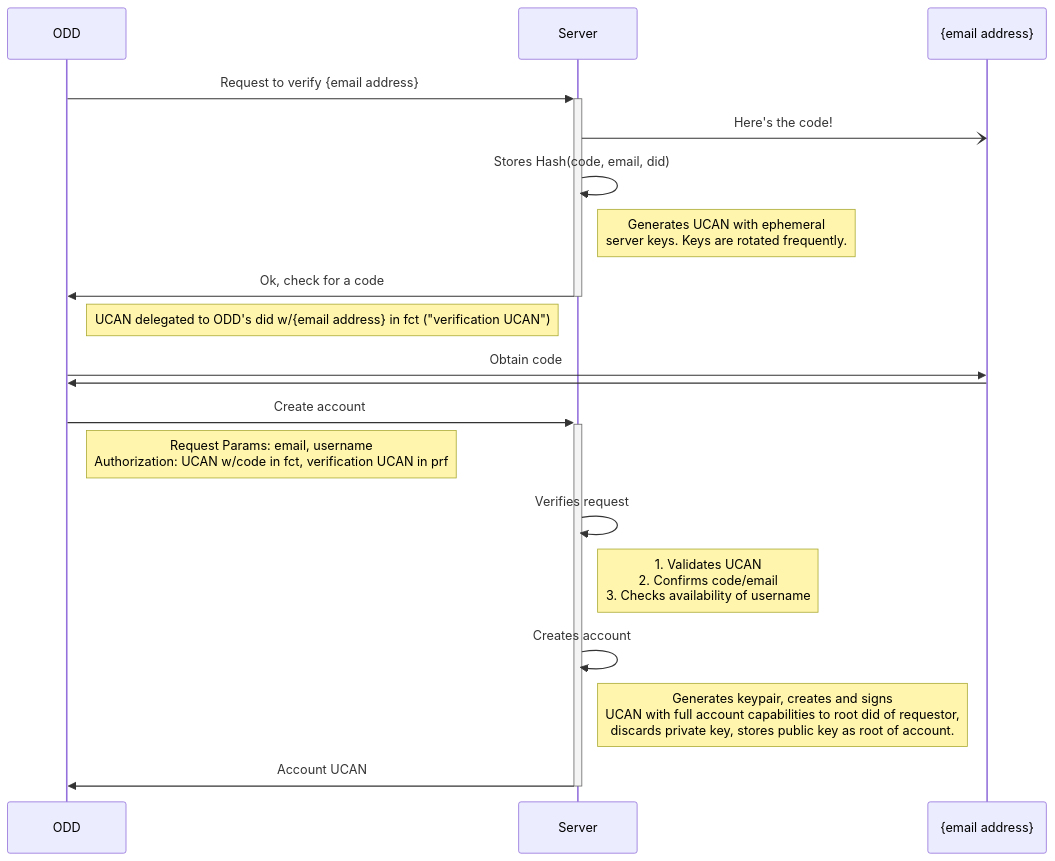
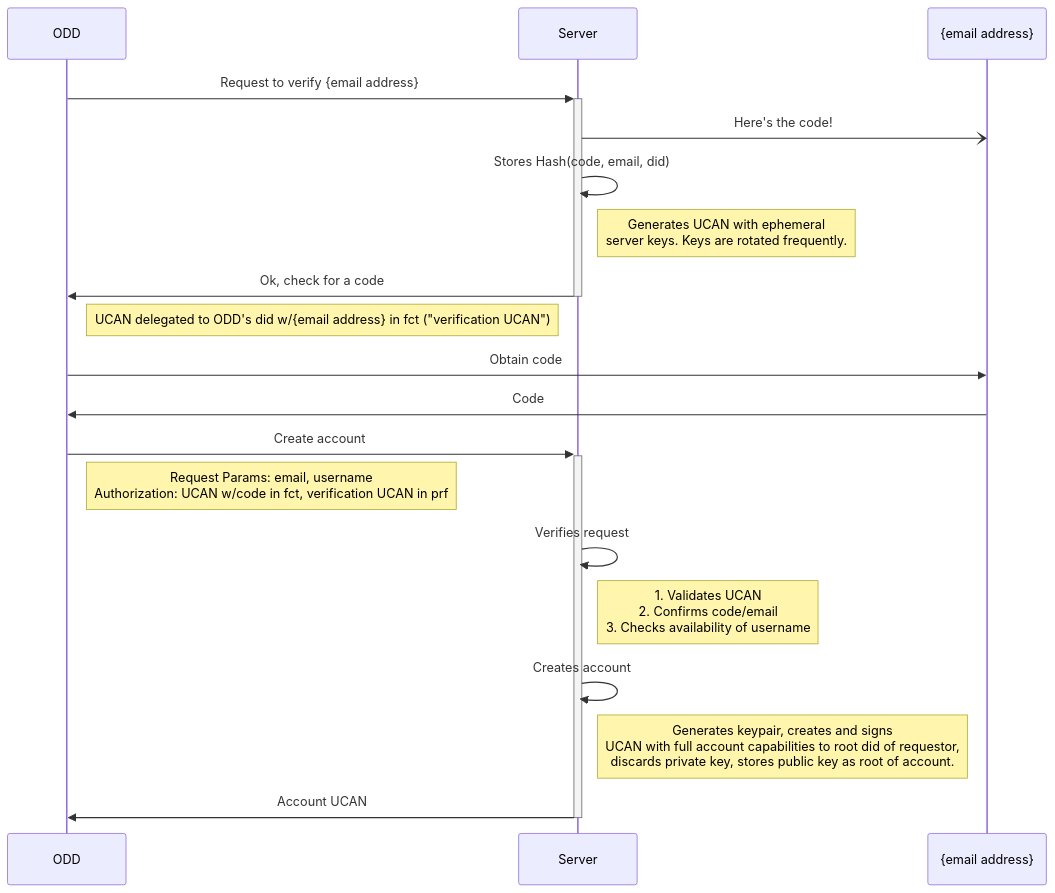
One commit to fission-codes/fission-server changed the diagram in fission-server/docs/account-creation.md. Above: the diagram before and after it, drawn with Mermaid.

Commit message:
Update account-creation.md
Tweak for github renderer

````diff
--- a/fission-server/docs/account-creation.md
+++ b/fission-server/docs/account-creation.md
@@ -3,23 +3,23 @@
 ```mermaid
 sequenceDiagram
     ODD->>+Server: Request to verify {email address}
     Server-){email address}: Here's the code!
     Server->>Server: Stores Hash(code, email, did)
     Note right of Server: Generates UCAN with ephemeral<br/>server keys. Keys are rotated frequently.
     Server->>-ODD: Ok, check for a code
     Note right of ODD: UCAN delegated to ODD's did w/{email address} in fct ("verification UCAN")
 
     ODD->>{email address}: Obtain code
-    {email address}->>ODD:
+    {email address}->>ODD: Code
 
     ODD->>+Server: Create account
     Note right of ODD: Request Params: email, username<br/>Authorization: UCAN w/code in fct, verification UCAN in prf
 
     Server->>Server: Verifies request
     Note right of Server: 1. Validates UCAN<br/>2. Confirms code/email<br/>3. Checks availability of username
 
     Server->>Server: Creates account
     Note right of Server: Generates keypair, creates and signs<br/>UCAN with full account capabilities to root did of requestor, <br/>discards private key, stores public key as root of account.
 
     Server->>-ODD: Account UCAN
 ```
````
